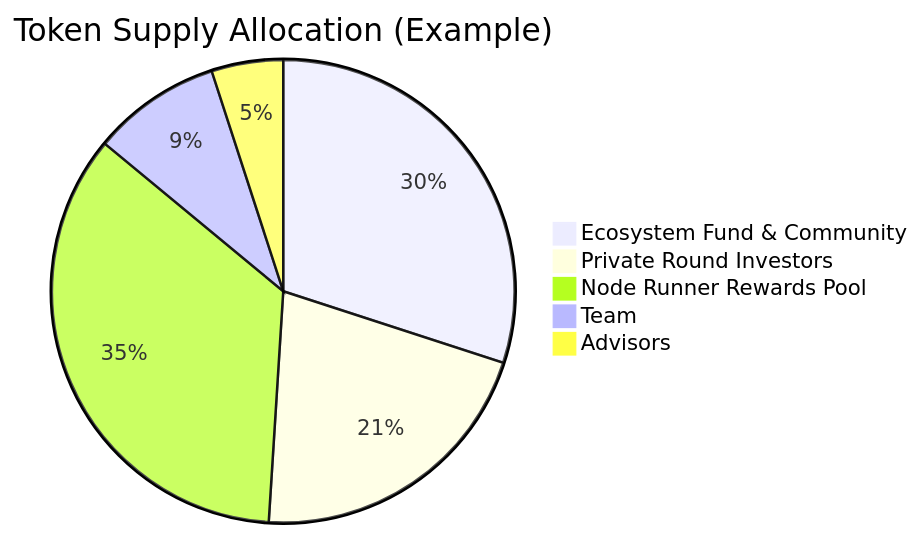
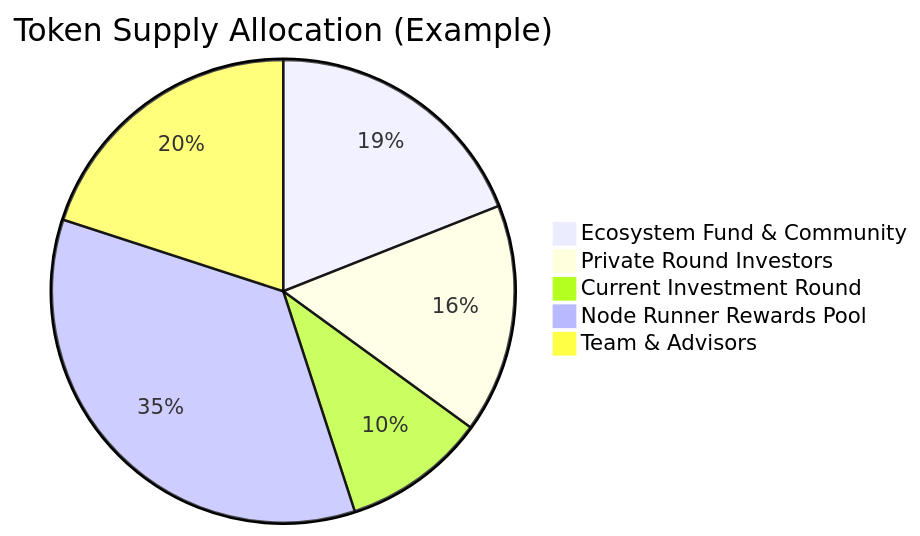
The diagram in docs/token-supply-distribution.mdx (aktasbatuhan/docs), drawn with Mermaid before and after one commit. The commit also changed other lines of this file and 1 other file, not shown here.

````diff
--- a/docs/token-supply-distribution.mdx
+++ b/docs/token-supply-distribution.mdx
@@ -34,8 +33,8 @@
 ```mermaid
 pie title Token Supply Allocation (Example)
-    "Ecosystem Fund & Community" : 30
-    "Private Round Investors" : 21
+    "Ecosystem Fund & Community" : 19
+    "Private Round Investors" : 16
+    "Current Investment Round": 10
     "Node Runner Rewards Pool" : 35
-    "Team " : 9
-    "Advisors" : 5
+    "Team & Advisors" : 20
 ``` 
````
